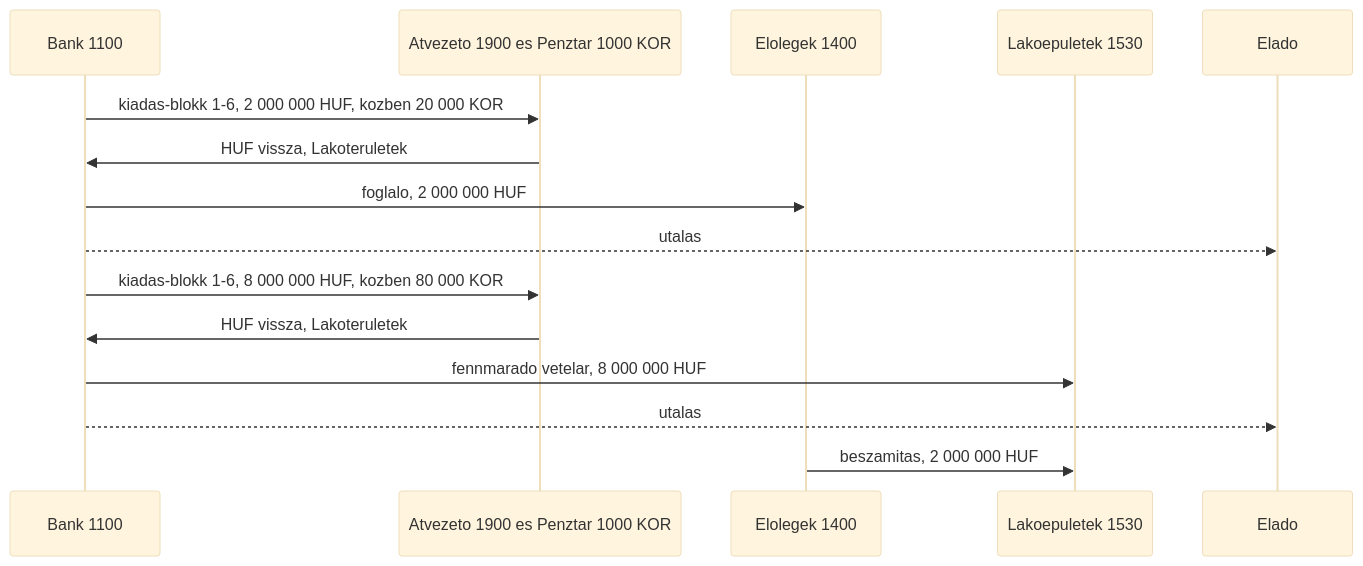
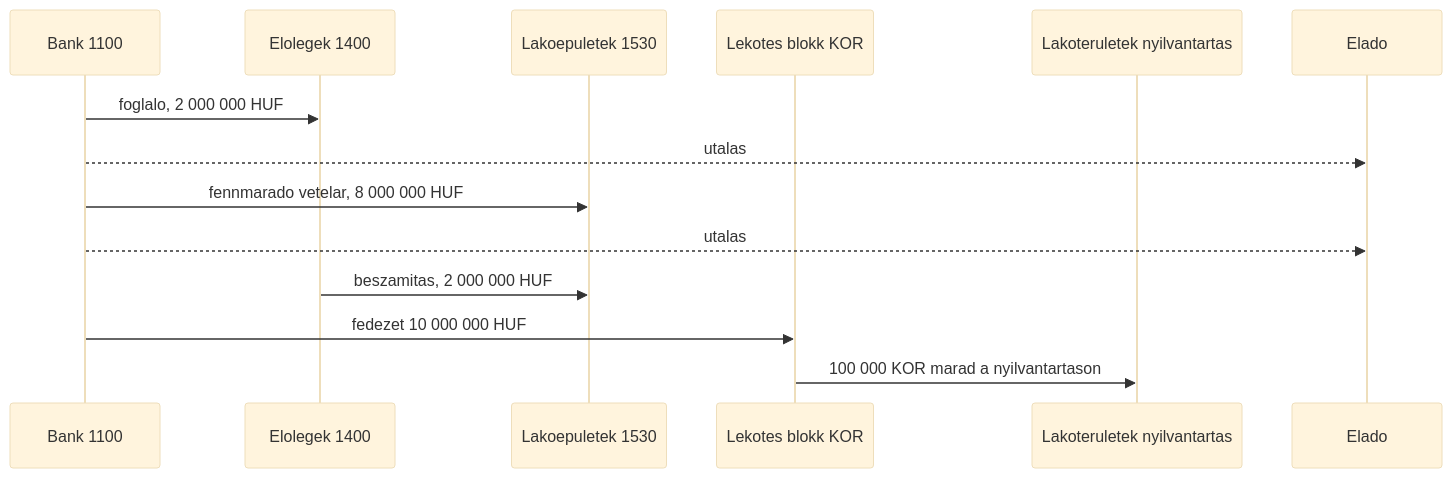
Before and after one commit to pitiboy/curr: the seventh of 15 diagrams in docs/transaction-workflow.md, drawn with Mermaid (base theme). The commit also changed other lines of this file and 1 other file, not shown here.

````diff
--- a/docs/transaction-workflow.md
+++ b/docs/transaction-workflow.md
@@ -416,18 +368,17 @@
 ```mermaid
 sequenceDiagram
   participant Bank as Bank 1100
-  participant Atv as Atvezeto 1900 es Penztar 1000 KOR
   participant Eloleg as Elolegek 1400
   participant Haz as Lakoepuletek 1530
+  participant Lekotes as Lekotes blokk KOR
+  participant Nyilv as Lakoteruletek nyilvantartas
   participant Elado as Elado
 
-  Bank->>Atv: kiadas-blokk 1-6, 2 000 000 HUF, kozben 20 000 KOR
-  Atv->>Bank: HUF vissza, Lakoteruletek
   Bank->>Eloleg: foglalo, 2 000 000 HUF
   Bank-->>Elado: utalas
-  Bank->>Atv: kiadas-blokk 1-6, 8 000 000 HUF, kozben 80 000 KOR
-  Atv->>Bank: HUF vissza, Lakoteruletek
   Bank->>Haz: fennmarado vetelar, 8 000 000 HUF
   Bank-->>Elado: utalas
   Eloleg->>Haz: beszamitas, 2 000 000 HUF
+  Bank->>Lekotes: fedezet 10 000 000 HUF
+  Lekotes->>Nyilv: 100 000 KOR marad a nyilvantartason
 ```
````
